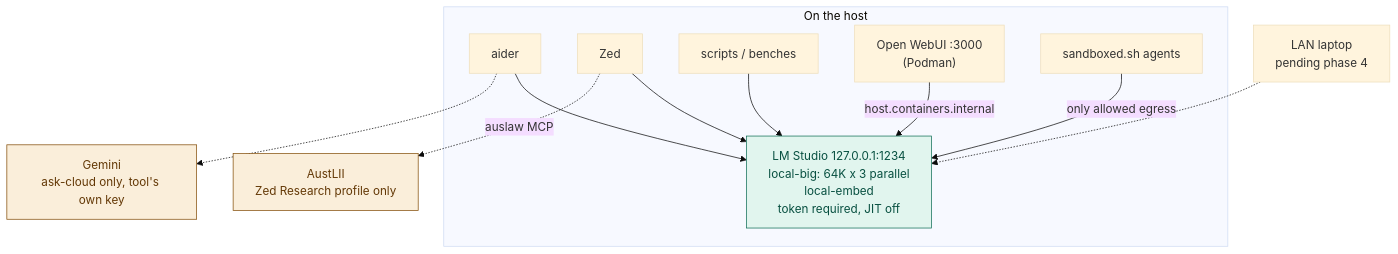
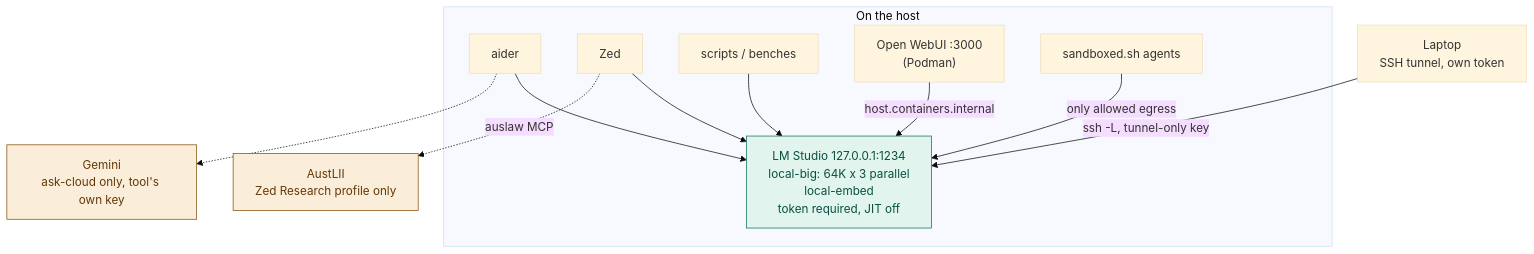
The diagram in docs/ARCHITECTURE.md (ouster/hearth), drawn with Mermaid (base theme) before and after one commit. The commit also changed other lines of this file and 11 other files, not shown here.

First line of the commit message:
Phase 4 host side: laptops reach LM Studio through an SSH tunnel (D8).

````diff
--- a/docs/ARCHITECTURE.md
+++ b/docs/ARCHITECTURE.md
@@ -11,29 +11,29 @@
 ```mermaid
 flowchart TB
     subgraph onHost["On the host"]
         aider["aider"]
         zed["Zed"]
         scripts["scripts / benches"]
         webui["Open WebUI :3000<br/>(Podman)"]
         sbx["sandboxed.sh agents"]
         lms["LM Studio 127.0.0.1:1234<br/>local-big: 64K x 3 parallel<br/>local-embed<br/>token required, JIT off"]
     end
 
-    laptop["LAN laptop<br/>pending phase 4"]
+    laptop["Laptop<br/>SSH tunnel, own token"]
     cloud["Gemini<br/>ask-cloud only, tool's own key"]
     austlii["AustLII<br/>Zed Research profile only"]
 
     aider --> lms
     zed --> lms
     scripts --> lms
     webui -->|"host.containers.internal"| lms
     sbx -->|"only allowed egress"| lms
-    laptop -.-> lms
+    laptop -->|"ssh -L, tunnel-only key"| lms
     aider -.-> cloud
     zed -.->|"auslaw MCP"| austlii
 
     classDef localCls fill:#E1F5EE,stroke:#0F6E56,color:#085041
     classDef leaveCls fill:#FAEEDA,stroke:#854F0B,color:#633806
     class lms localCls
     class cloud,austlii leaveCls
 ```
````
